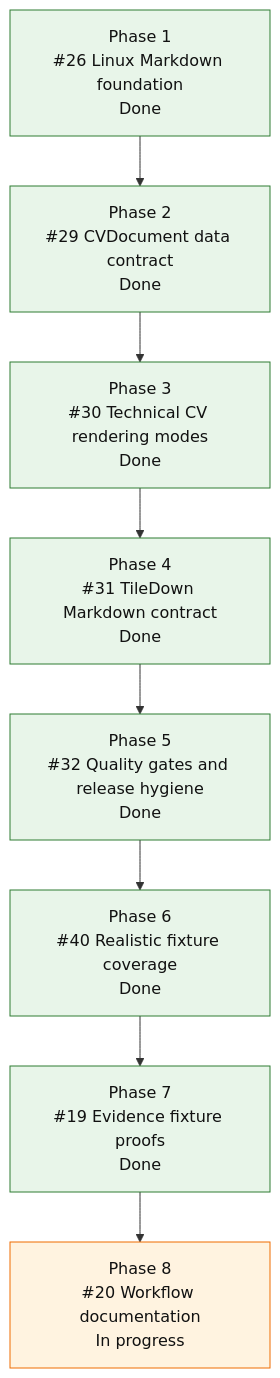
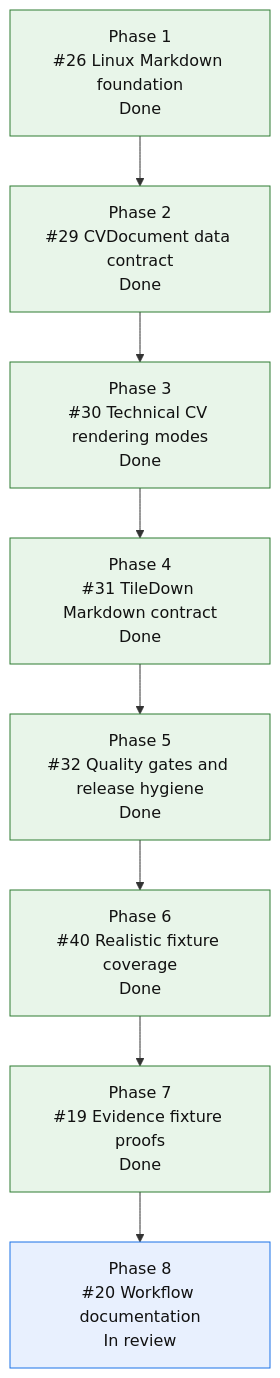
Before and after one commit to mihaelamj/cvbuilder: the diagram in README.md, drawn with Mermaid. The commit also changed 1 other file, not shown here.

Commit message:
docs(roadmap): mark workflow docs in review

````diff
--- a/README.md
+++ b/README.md
@@ -156,23 +156,23 @@
 ```mermaid
 flowchart TD
     P1["Phase 1<br/>#26 Linux Markdown foundation<br/>Done"]
     P2["Phase 2<br/>#29 CVDocument data contract<br/>Done"]
     P3["Phase 3<br/>#30 Technical CV rendering modes<br/>Done"]
     P4["Phase 4<br/>#31 TileDown Markdown contract<br/>Done"]
     P5["Phase 5<br/>#32 Quality gates and release hygiene<br/>Done"]
     P6["Phase 6<br/>#40 Realistic fixture coverage<br/>Done"]
     P7["Phase 7<br/>#19 Evidence fixture proofs<br/>Done"]
-    P8["Phase 8<br/>#20 Workflow documentation<br/>In progress"]
+    P8["Phase 8<br/>#20 Workflow documentation<br/>In review"]
 
     P1 --> P2 --> P3 --> P4 --> P5 --> P6 --> P7 --> P8
 
     classDef done fill:#e8f5e9,stroke:#2e7d32,color:#111;
     classDef active fill:#fff3e0,stroke:#ef6c00,color:#111;
     classDef review fill:#e8f0fe,stroke:#1a73e8,color:#111;
     classDef next fill:#fff8e1,stroke:#f9a825,color:#111;
     classDef partial fill:#e0f7fa,stroke:#00838f,color:#111;
     classDef todo fill:#eef3ff,stroke:#3367d6,color:#111;
     class P1,P2,P3,P4 done;
     class P5,P6,P7 done;
-    class P8 active;
+    class P8 review;
 ```
````
